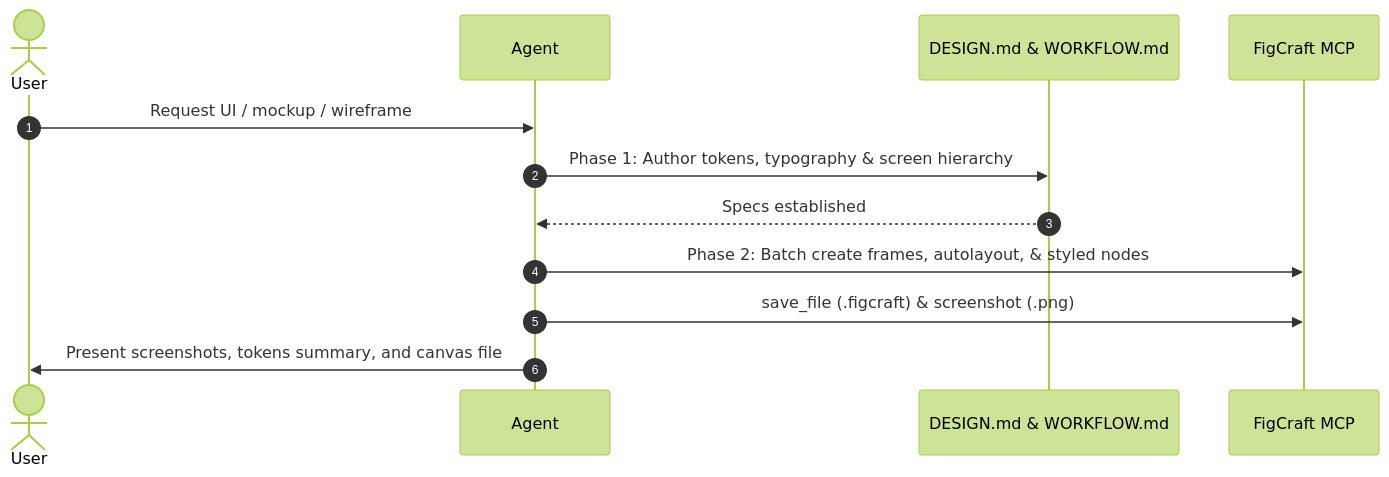
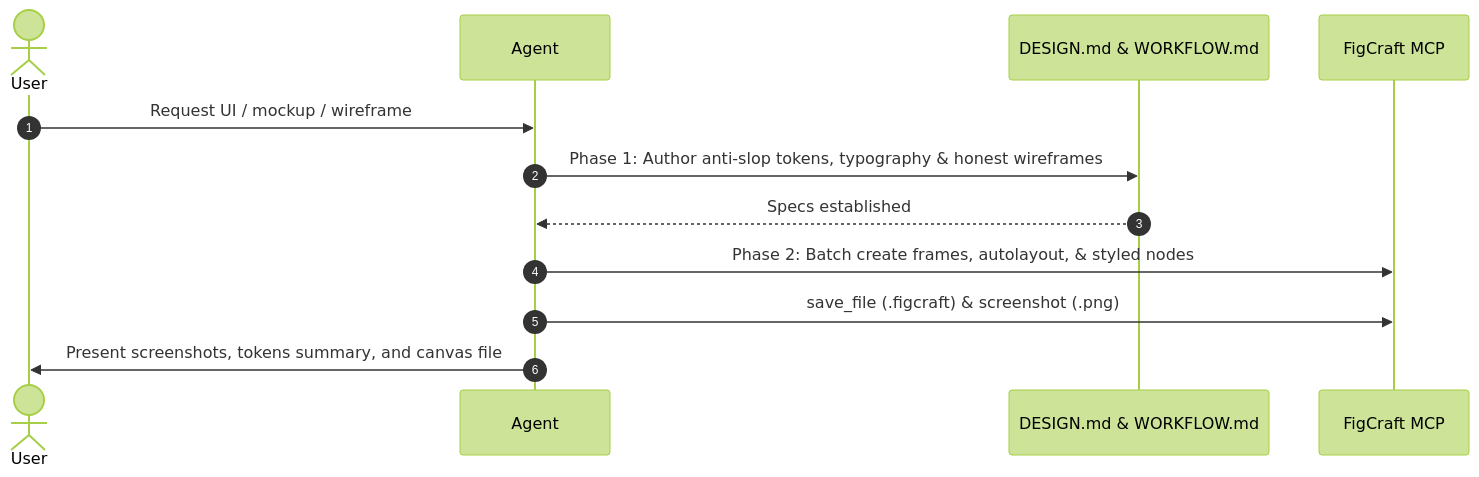
One commit to samsmon/genai-agentic-ops changed the diagram in kit/skills/figcraft-design/SKILL.md. Above: the diagram before and after it, drawn with Mermaid (forest theme). The commit also changed other lines of this file and 1 other file, not shown here.

Commit message:
feat(skills): enhance figcraft-design with anti-ai slop and honest ui standards

````diff
--- a/kit/skills/figcraft-design/SKILL.md
+++ b/kit/skills/figcraft-design/SKILL.md
@@ -26,15 +48,15 @@
 ```mermaid
 sequenceDiagram
     autonumber
     actor User
     participant Agent
     participant Specs as DESIGN.md & WORKFLOW.md
     participant FigCraft as FigCraft MCP
 
     User->>Agent: Request UI / mockup / wireframe
-    Agent->>Specs: Phase 1: Author tokens, typography & screen hierarchy
+    Agent->>Specs: Phase 1: Author anti-slop tokens, typography & honest wireframes
     Specs-->>Agent: Specs established
     Agent->>FigCraft: Phase 2: Batch create frames, autolayout, & styled nodes
     Agent->>FigCraft: save_file (.figcraft) & screenshot (.png)
     Agent->>User: Present screenshots, tokens summary, and canvas file
 ```
````
